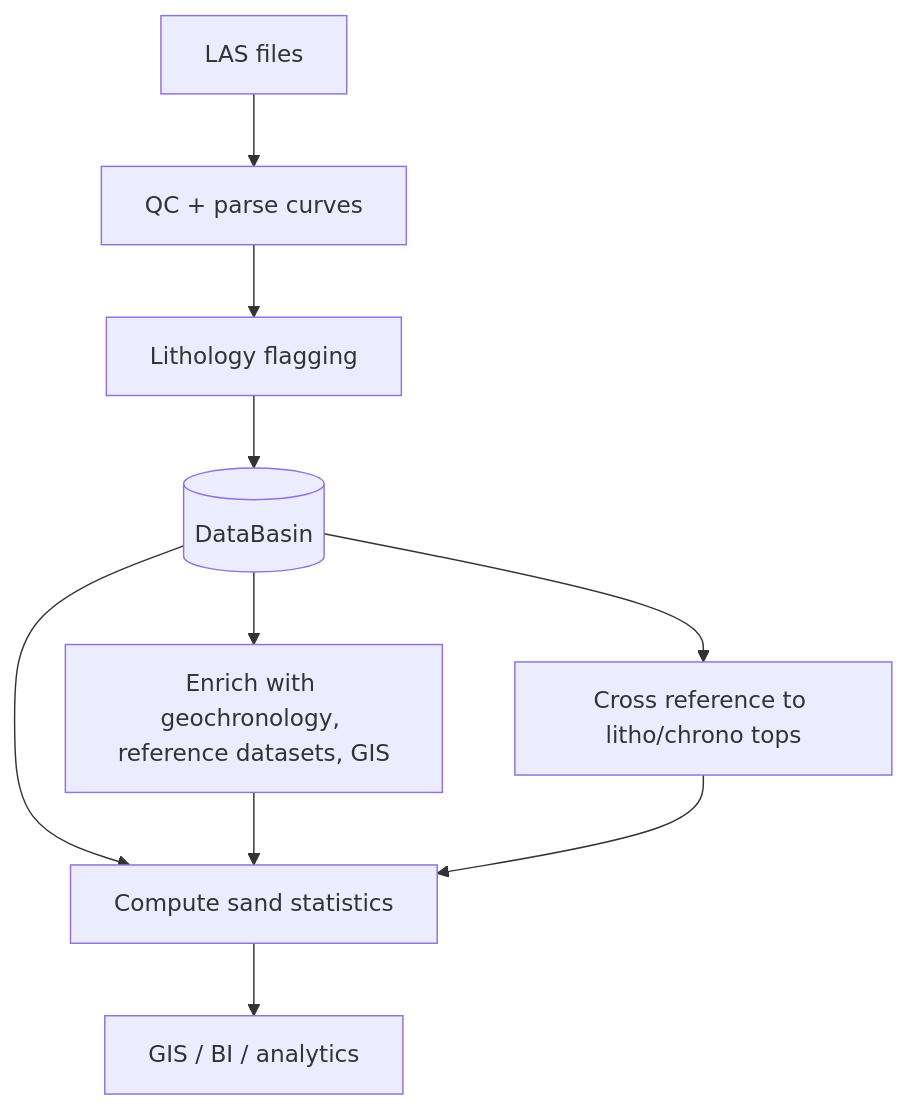
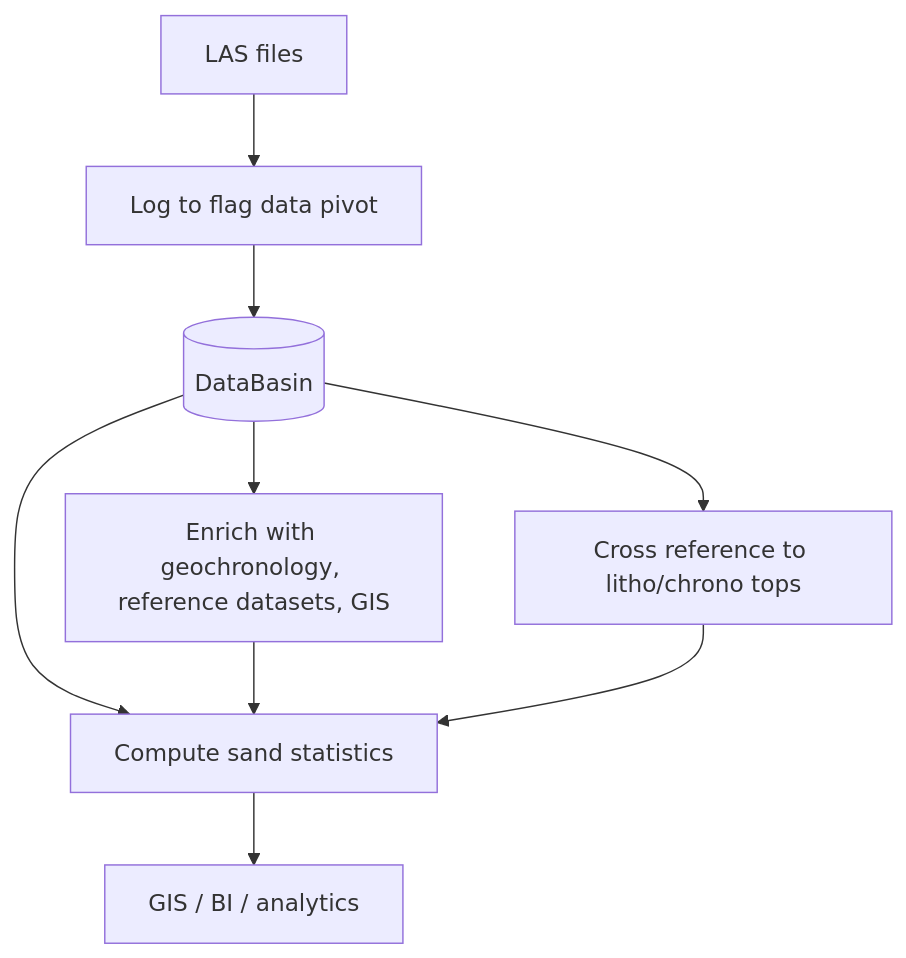
The second of 6 diagrams in posts/databasin/index.qmd (nick-dorsch/blog), drawn with Mermaid before and after one commit. The commit also changed other lines of this file and 3 other files, not shown here.

````diff
--- a/posts/databasin/index.qmd
+++ b/posts/databasin/index.qmd
@@ -239,12 +223,11 @@
 ```{mermaid}
 flowchart TD
-    las[LAS files] --> qc[QC + parse curves]
-    qc --> flags[Lithology flagging]
+    las[LAS files] --> flags[Log to flag data pivot]
     flags --> db[(DataBasin)]
     db --> stats[Compute sand statistics]
     db --> enrich[Enrich with geochronology, reference datasets, GIS]
     db --> tops[Cross reference to litho/chrono tops]
     enrich --> stats
     tops --> stats
     stats --> outputs[GIS / BI / analytics]
 ```
````
